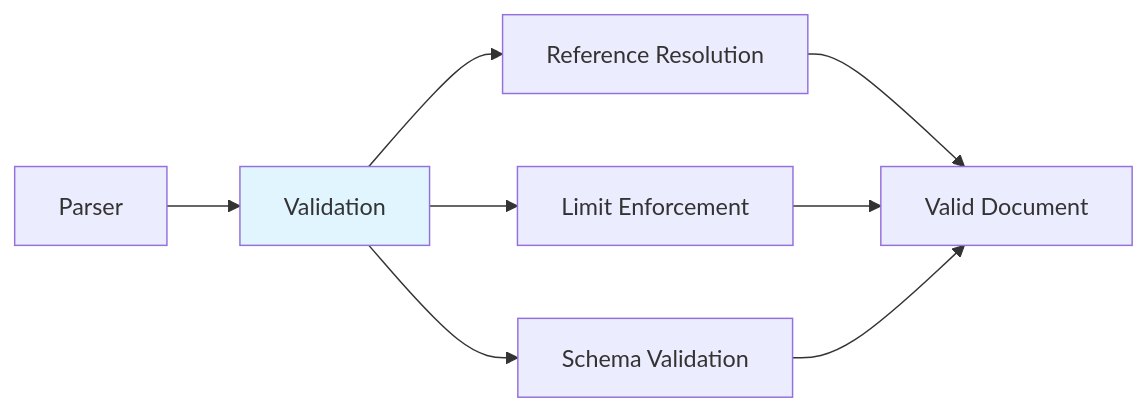
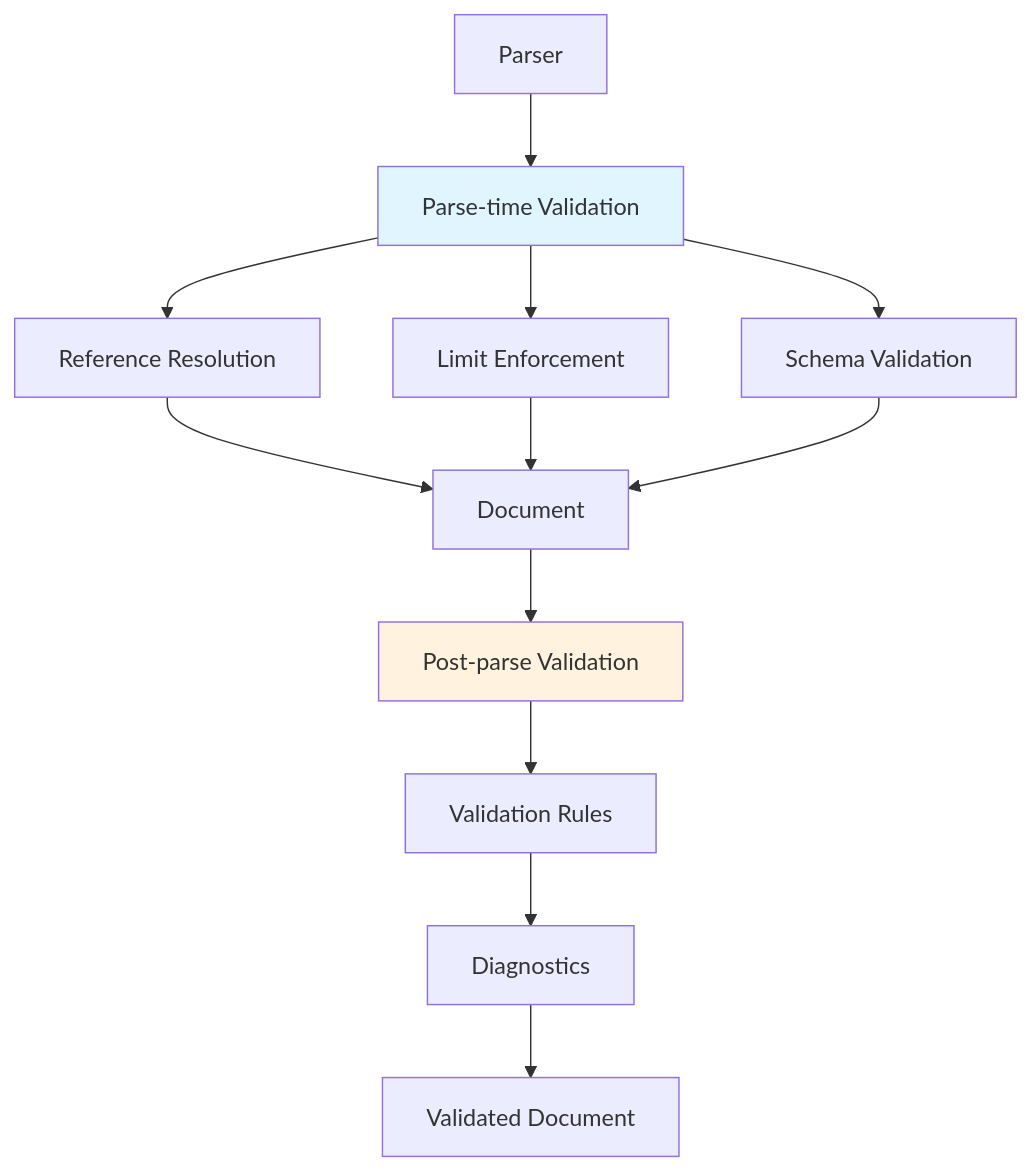
One commit to dweve-ai/hedl changed the diagram in docs/architecture/components/validator.md. Above: the diagram before and after it, drawn with Mermaid. The commit also changed other lines of this file and 735 other files, not shown here.

````diff
--- a/docs/architecture/components/validator.md
+++ b/docs/architecture/components/validator.md
@@ -23,13 +28,19 @@
 ```mermaid
-graph LR
-    PARSE[Parser] --> VALIDATE[Validation]
-    VALIDATE --> REFS[Reference Resolution]
-    VALIDATE --> LIMITS[Limit Enforcement]
-    VALIDATE --> SCHEMA[Schema Validation]
+graph TB
+    PARSE[Parser] --> PARSE_VAL[Parse-time Validation]
+    PARSE_VAL --> REFS[Reference Resolution]
+    PARSE_VAL --> LIMITS[Limit Enforcement]
+    PARSE_VAL --> SCHEMA[Schema Validation]
 
-    REFS --> DOC[Valid Document]
+    REFS --> DOC[Document]
     LIMITS --> DOC
     SCHEMA --> DOC
 
-    style VALIDATE fill:#e1f5ff
+    DOC --> POST_VAL[Post-parse Validation]
+    POST_VAL --> RULES[Validation Rules]
+    RULES --> DIAG[Diagnostics]
+    DIAG --> VALID_DOC[Validated Document]
+
+    style PARSE_VAL fill:#e1f5ff
+    style POST_VAL fill:#fff3e0
 ```
````
